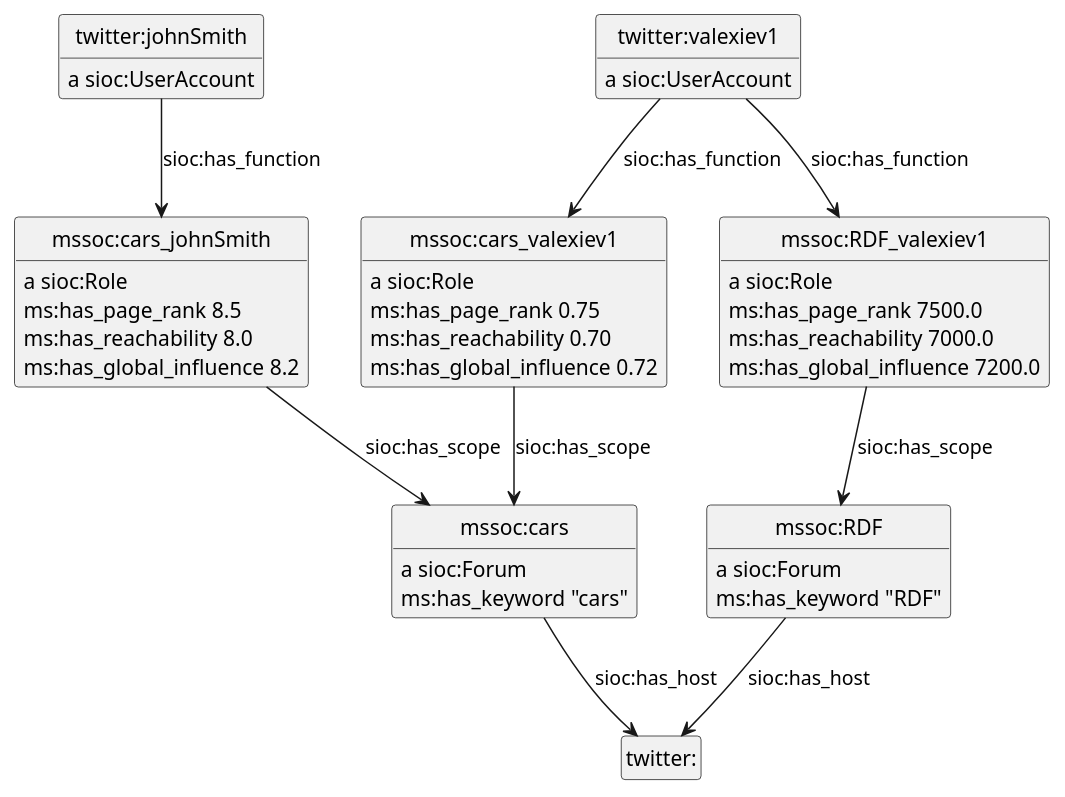
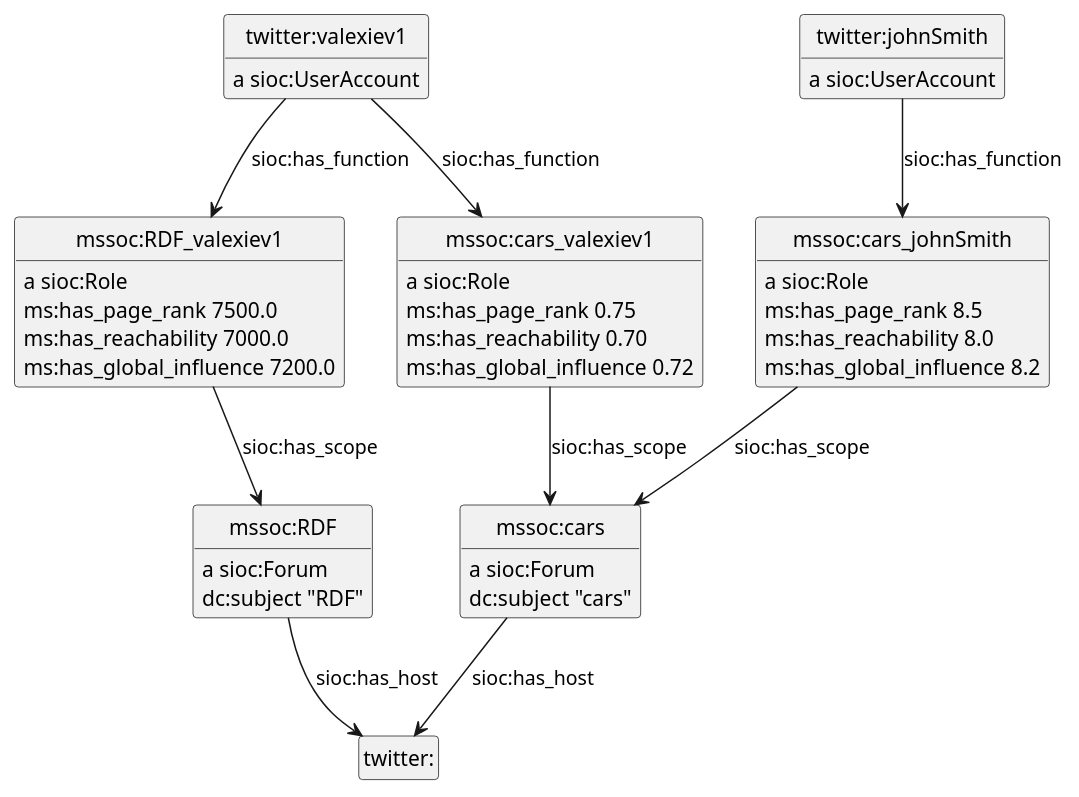
Before and after one commit to gerardbdn/VladimirAlexiev.github.io: the diagram in Multisensor/img/SMAP-example.puml, drawn with PlantUML. The commit also changed 9 other files, not shown here.

```diff
--- a/Multisensor/img/SMAP-example.puml
+++ b/Multisensor/img/SMAP-example.puml
@@ -1,40 +1,40 @@
 @startuml
 hide empty methods
 hide empty attributes
 hide circle
 skinparam classAttributeIconSize 0
-class twitter_johnSmith as "twitter:johnSmith"
-twitter_johnSmith : a sioc:UserAccount
-class mssoc_cars_johnSmith as "mssoc:cars_johnSmith"
-twitter_johnSmith --> mssoc_cars_johnSmith : sioc:has_function
+class mssoc_cars_valexiev1 as "mssoc:cars_valexiev1"
+mssoc_cars_valexiev1 : a sioc:Role
+class mssoc_cars as "mssoc:cars"
+mssoc_cars_valexiev1 --> mssoc_cars : sioc:has_scope
+mssoc_cars_valexiev1 : ms:has_page_rank 0.75
+mssoc_cars_valexiev1 : ms:has_reachability 0.70
+mssoc_cars_valexiev1 : ms:has_global_influence 0.72
 class mssoc_RDF_valexiev1 as "mssoc:RDF_valexiev1"
 mssoc_RDF_valexiev1 : a sioc:Role
 class mssoc_RDF as "mssoc:RDF"
 mssoc_RDF_valexiev1 --> mssoc_RDF : sioc:has_scope
 mssoc_RDF_valexiev1 : ms:has_page_rank 7500.0
 mssoc_RDF_valexiev1 : ms:has_reachability 7000.0
 mssoc_RDF_valexiev1 : ms:has_global_influence 7200.0
-class twitter_valexiev1 as "twitter:valexiev1"
-twitter_valexiev1 : a sioc:UserAccount
-twitter_valexiev1 --> mssoc_RDF_valexiev1 : sioc:has_function
-class mssoc_cars_valexiev1 as "mssoc:cars_valexiev1"
-twitter_valexiev1 --> mssoc_cars_valexiev1 : sioc:has_function
-mssoc_cars_valexiev1 : a sioc:Role
-class mssoc_cars as "mssoc:cars"
-mssoc_cars_valexiev1 --> mssoc_cars : sioc:has_scope
-mssoc_cars_valexiev1 : ms:has_page_rank 0.75
-mssoc_cars_valexiev1 : ms:has_reachability 0.70
-mssoc_cars_valexiev1 : ms:has_global_influence 0.72
-mssoc_RDF : a sioc:Forum
-class twitter_ as "twitter:"
-mssoc_RDF --> twitter_ : sioc:has_host
-mssoc_RDF : ms:has_keyword "RDF"
+class mssoc_cars_johnSmith as "mssoc:cars_johnSmith"
 mssoc_cars_johnSmith : a sioc:Role
 mssoc_cars_johnSmith --> mssoc_cars : sioc:has_scope
 mssoc_cars_johnSmith : ms:has_page_rank 8.5
 mssoc_cars_johnSmith : ms:has_reachability 8.0
 mssoc_cars_johnSmith : ms:has_global_influence 8.2
+class twitter_johnSmith as "twitter:johnSmith"
+twitter_johnSmith : a sioc:UserAccount
+twitter_johnSmith --> mssoc_cars_johnSmith : sioc:has_function
+mssoc_RDF : a sioc:Forum
+class twitter_ as "twitter:"
+mssoc_RDF --> twitter_ : sioc:has_host
+mssoc_RDF : dc:subject "RDF"
+class twitter_valexiev1 as "twitter:valexiev1"
+twitter_valexiev1 : a sioc:UserAccount
+twitter_valexiev1 --> mssoc_cars_valexiev1 : sioc:has_function
+twitter_valexiev1 --> mssoc_RDF_valexiev1 : sioc:has_function
 mssoc_cars : a sioc:Forum
 mssoc_cars --> twitter_ : sioc:has_host
-mssoc_cars : ms:has_keyword "cars"
+mssoc_cars : dc:subject "cars"
 @enduml
```
